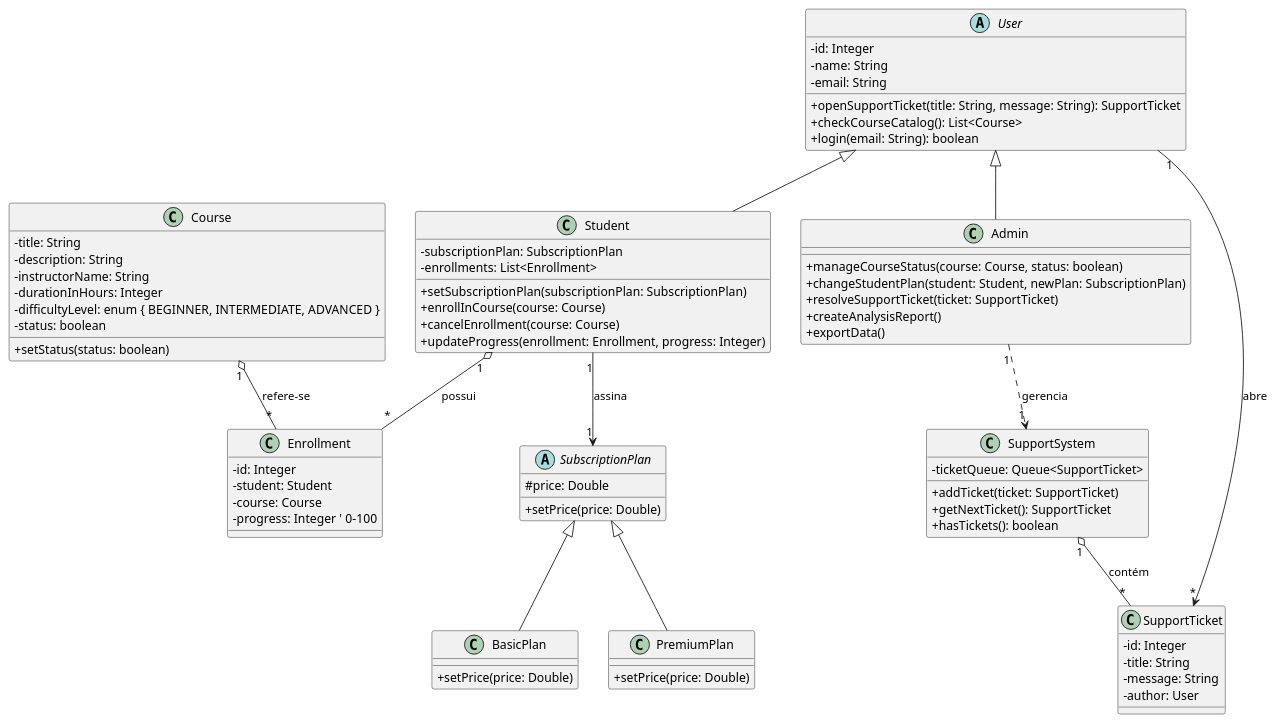
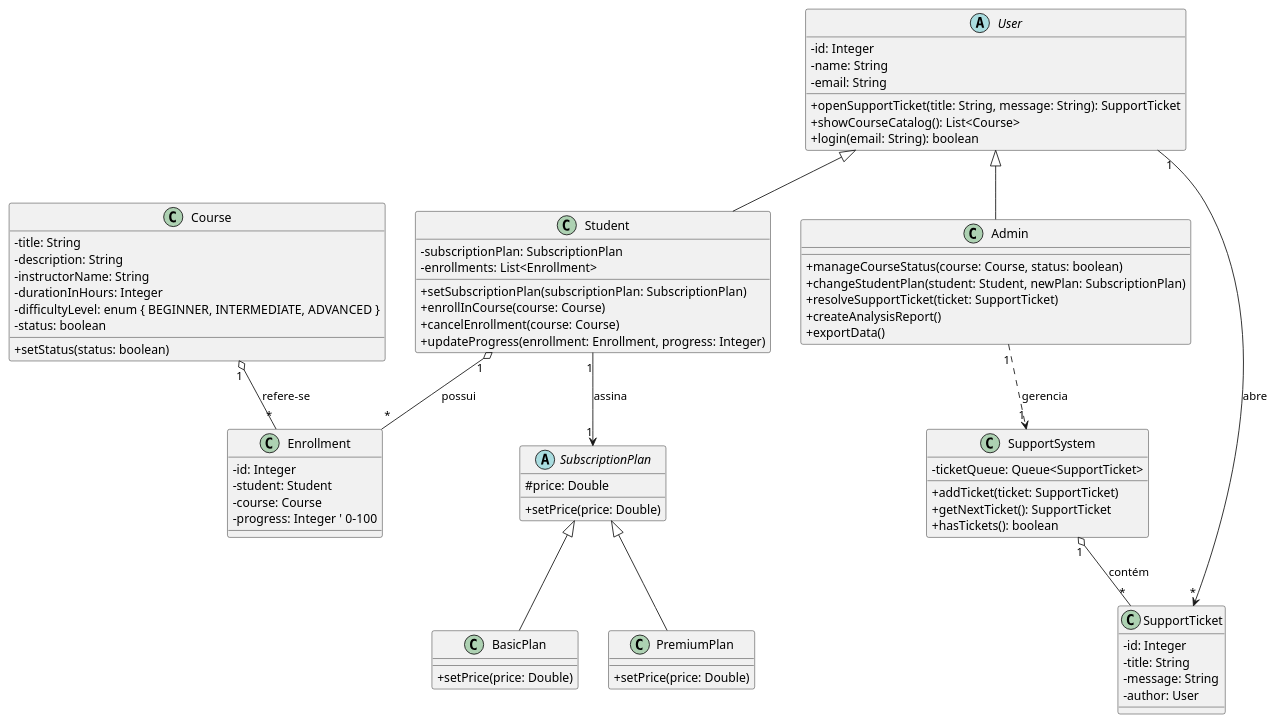
One commit to AnaJu-Pires/AcademiaDev changed the diagram in diagramaDeClasses.puml. Above: the diagram before and after it, drawn with PlantUML. The commit also changed 4 other files, not shown here.

```diff
--- a/diagramaDeClasses.puml
+++ b/diagramaDeClasses.puml
@@ -1,87 +1,87 @@
 @startuml AcademiaDev
 
 skinparam classAttributeIconSize 0
 
 class Course {
   - title: String
   - description: String
   - instructorName: String
   - durationInHours: Integer
   - difficultyLevel: enum { BEGINNER, INTERMEDIATE, ADVANCED }
   - status: boolean
   + setStatus(status: boolean)
 }
 
 class Enrollment {
   - id: Integer
   - student: Student
   - course: Course
   - progress: Integer ' 0-100
 }
 
 abstract class SubscriptionPlan {
   # price: Double
   + setPrice(price: Double)
 }
 
 class BasicPlan extends SubscriptionPlan {
   + setPrice(price: Double)
 }
 
 class PremiumPlan extends SubscriptionPlan {
   + setPrice(price: Double)
 }
 
 abstract class User {
   - id: Integer
   - name: String
   - email: String
   + openSupportTicket(title: String, message: String): SupportTicket
-  + checkCourseCatalog(): List<Course>
+  + showCourseCatalog(): List<Course>
   + login(email: String): boolean
 }
 
 class Student extends User {
   - subscriptionPlan: SubscriptionPlan
   - enrollments: List<Enrollment>
   + setSubscriptionPlan(subscriptionPlan: SubscriptionPlan)
   + enrollInCourse(course: Course)
   + cancelEnrollment(course: Course)
   + updateProgress(enrollment: Enrollment, progress: Integer)
 }
 
 class Admin extends User {
   + manageCourseStatus(course: Course, status: boolean)
   + changeStudentPlan(student: Student, newPlan: SubscriptionPlan)
   + resolveSupportTicket(ticket: SupportTicket)
   + createAnalysisReport()
   + exportData()
 }
 
 class SupportTicket {
   - id: Integer
   - title: String
   - message: String
   - author: User
 }
 
 class SupportSystem {
   - ticketQueue: Queue<SupportTicket>
   + addTicket(ticket: SupportTicket)
   + getNextTicket(): SupportTicket
   + hasTickets(): boolean
 }
 
 
 
 Student "1" --> "1" SubscriptionPlan : assina
 
 Student "1" o-- "*" Enrollment : possui
 Course "1" o-- "*" Enrollment : refere-se
 
 User "1" --> "*" SupportTicket : abre
 
 Admin "1" ..> "1" SupportSystem : gerencia
 SupportSystem "1" o-- "*" SupportTicket : contém
 
 @enduml
```
